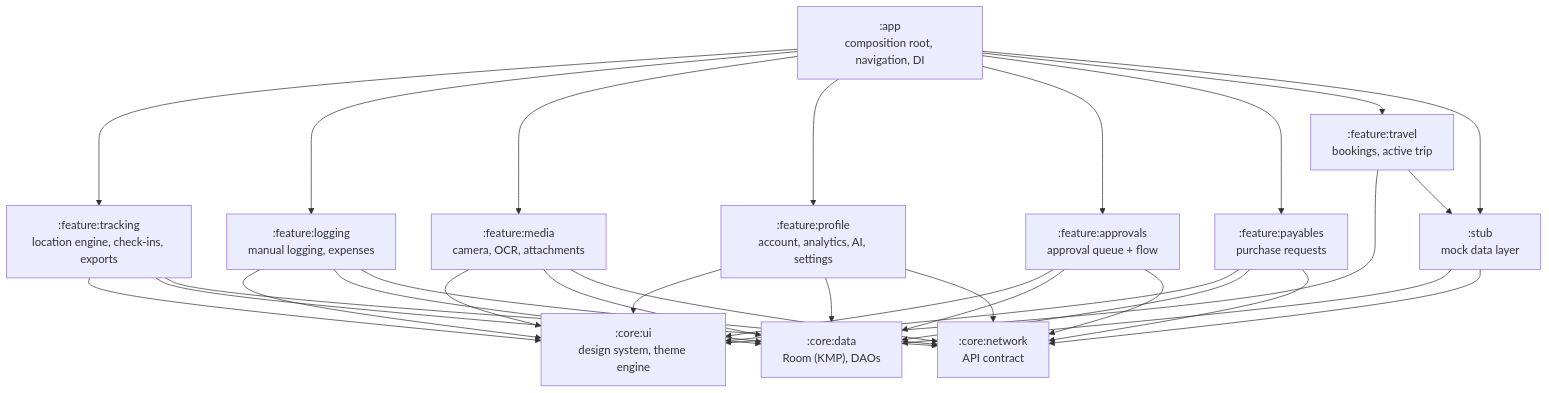
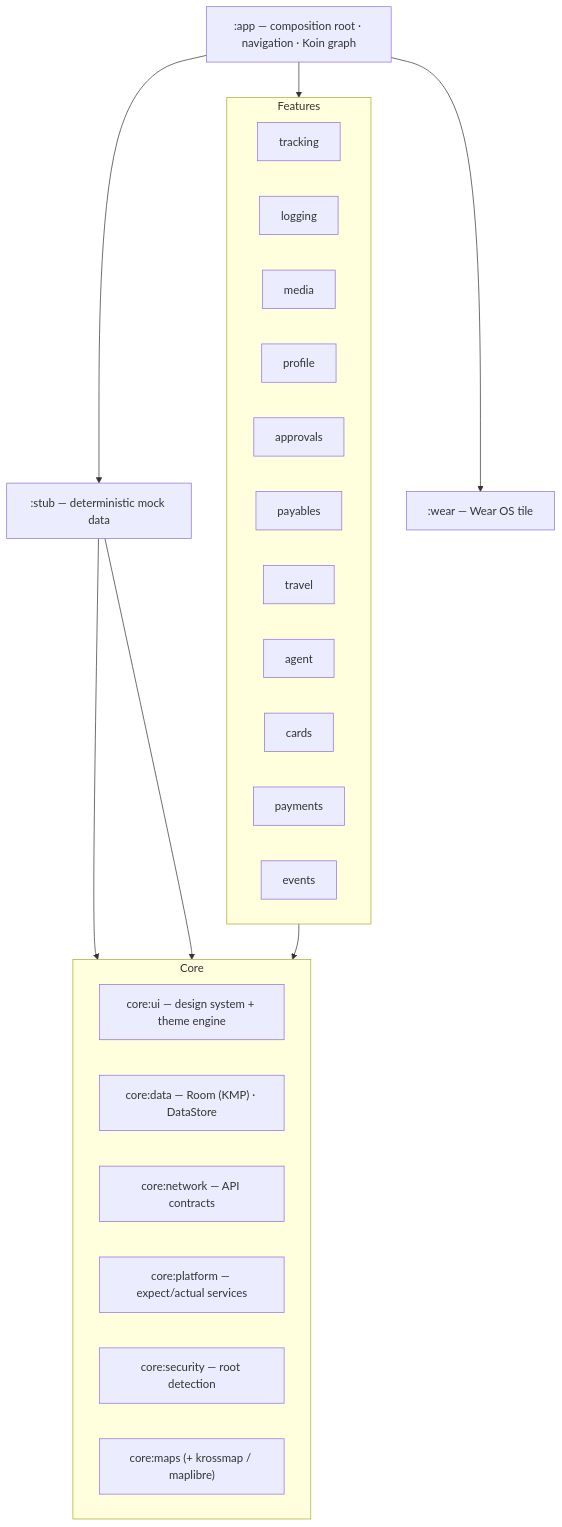
The diagram in README.md (darkpandawarrior/Mileway), drawn with Mermaid before and after one commit. The commit also changed other lines of this file and 9 other files, not shown here.

````diff
--- a/README.md
+++ b/README.md
@@ -154,20 +108,31 @@
 ```mermaid
 graph TD
-    APP[":app<br/>composition root, navigation, DI"]
-    TRACK[":feature:tracking<br/>location engine, check-ins, exports"]
-    LOGGING[":feature:logging<br/>manual logging, expenses"]
-    MEDIA[":feature:media<br/>camera, OCR, attachments"]
-    PROFILE[":feature:profile<br/>account, analytics, AI, settings"]
-    APPROVALS[":feature:approvals<br/>approval queue + flow"]
-    PAYABLES[":feature:payables<br/>purchase requests"]
-    TRAVEL[":feature:travel<br/>bookings, active trip"]
-    UI[":core:ui<br/>design system, theme engine"]
-    DATA[":core:data<br/>Room (KMP), DAOs"]
-    NET[":core:network<br/>API contract"]
-    STUB[":stub<br/>mock data layer"]
+    APP[":app — composition root · navigation · Koin graph"]
 
-    APP --> TRACK & LOGGING & MEDIA & PROFILE & APPROVALS & PAYABLES & TRAVEL & STUB
-    TRACK & LOGGING & MEDIA & PROFILE & APPROVALS & PAYABLES --> UI & DATA & NET
-    TRAVEL --> UI & STUB
-    STUB --> DATA & NET
+    subgraph Features
+      direction LR
+      FT["tracking"]; FL["logging"]; FM["media"]; FP["profile"]
+      FA["approvals"]; FPA["payables"]; FTR["travel"]; FAG["agent"]
+      FC["cards"]; FPM["payments"]; FE["events"]
+    end
+
+    subgraph Core
+      direction LR
+      UI["core:ui — design system + theme engine"]
+      DATA["core:data — Room (KMP) · DataStore"]
+      NET["core:network — API contracts"]
+      PLAT["core:platform — expect/actual services"]
+      SEC["core:security — root detection"]
+      MAPS["core:maps (+ krossmap / maplibre)"]
+    end
+
+    STUB[":stub — deterministic mock data"]
+    WEAR[":wear — Wear OS tile"]
+
+    APP --> Features
+    APP --> STUB
+    APP --> WEAR
+    Features --> Core
+    STUB --> DATA
+    STUB --> NET
 ```
````
